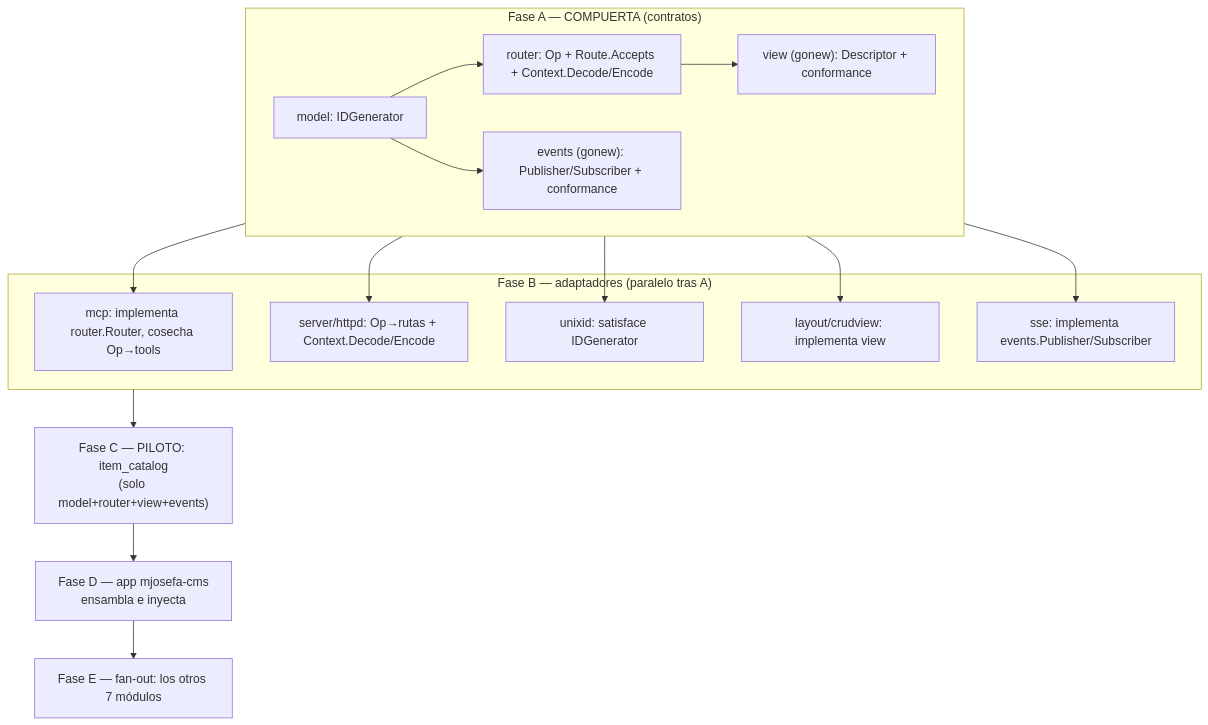
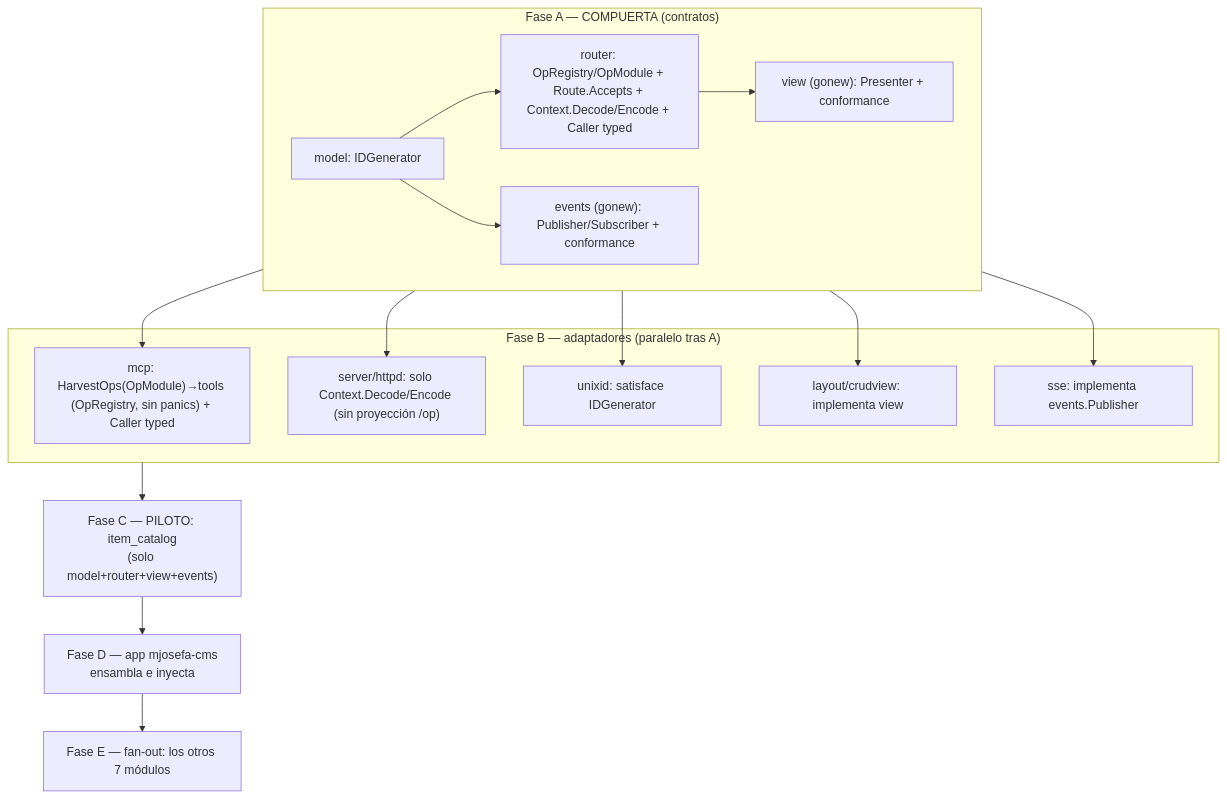
One commit to tinywasm/app changed the diagram in docs/REUSABLE_MODULES_MASTER_PLAN.md. Above: the diagram before and after it, drawn with Mermaid. The commit also changed other lines of this file and 2 other files, not shown here.

````diff
--- a/docs/REUSABLE_MODULES_MASTER_PLAN.md
+++ b/docs/REUSABLE_MODULES_MASTER_PLAN.md
@@ -225,24 +63,24 @@
 ```mermaid
 flowchart TB
     subgraph A["Fase A — COMPUERTA (contratos)"]
         A1["model: IDGenerator"]
-        A2["router: Op + Route.Accepts + Context.Decode/Encode"]
-        A3["view (gonew): Descriptor + conformance"]
+        A2["router: OpRegistry/OpModule + Route.Accepts + Context.Decode/Encode + Caller typed"]
+        A3["view (gonew): Presenter + conformance"]
         A4["events (gonew): Publisher/Subscriber + conformance"]
     end
     subgraph B["Fase B — adaptadores (paralelo tras A)"]
-        B1["mcp: implementa router.Router, cosecha Op→tools"]
-        B2["server/httpd: Op→rutas + Context.Decode/Encode"]
+        B1["mcp: HarvestOps(OpModule)→tools (OpRegistry, sin panics) + Caller typed"]
+        B2["server/httpd: solo Context.Decode/Encode (sin proyección /op)"]
         B3["unixid: satisface IDGenerator"]
         B4["layout/crudview: implementa view"]
-        B5["sse: implementa events.Publisher/Subscriber"]
+        B5["sse: implementa events.Publisher"]
     end
     C["Fase C — PILOTO: item_catalog\n(solo model+router+view+events)"]
     D["Fase D — app mjosefa-cms\nensambla e inyecta"]
     E["Fase E — fan-out: los otros 7 módulos"]
 
     A1 --> A2 --> A3
     A1 --> A4
     A --> B1 & B2 & B3 & B4 & B5
     B --> C --> D --> E
 ```
````
